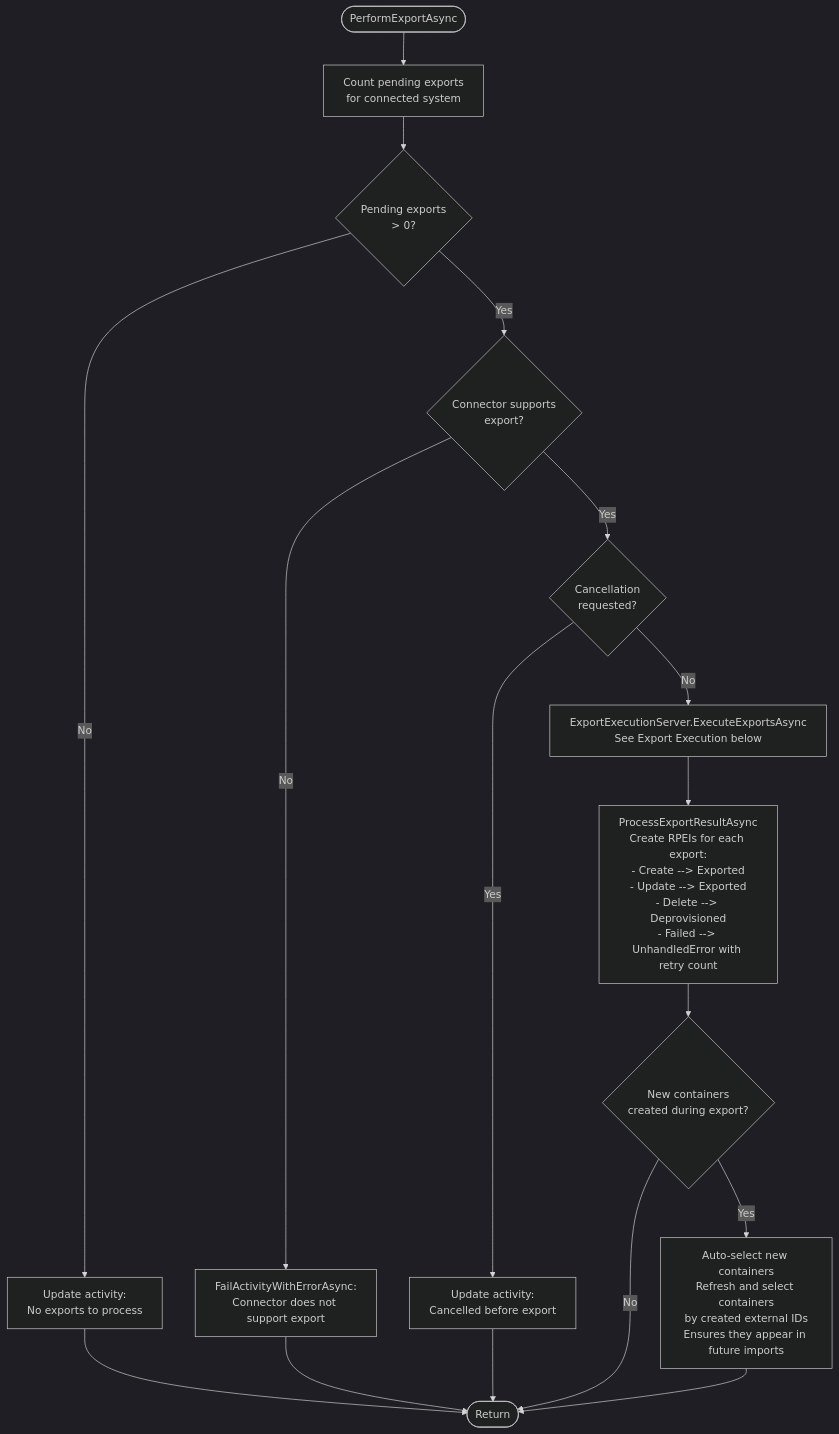
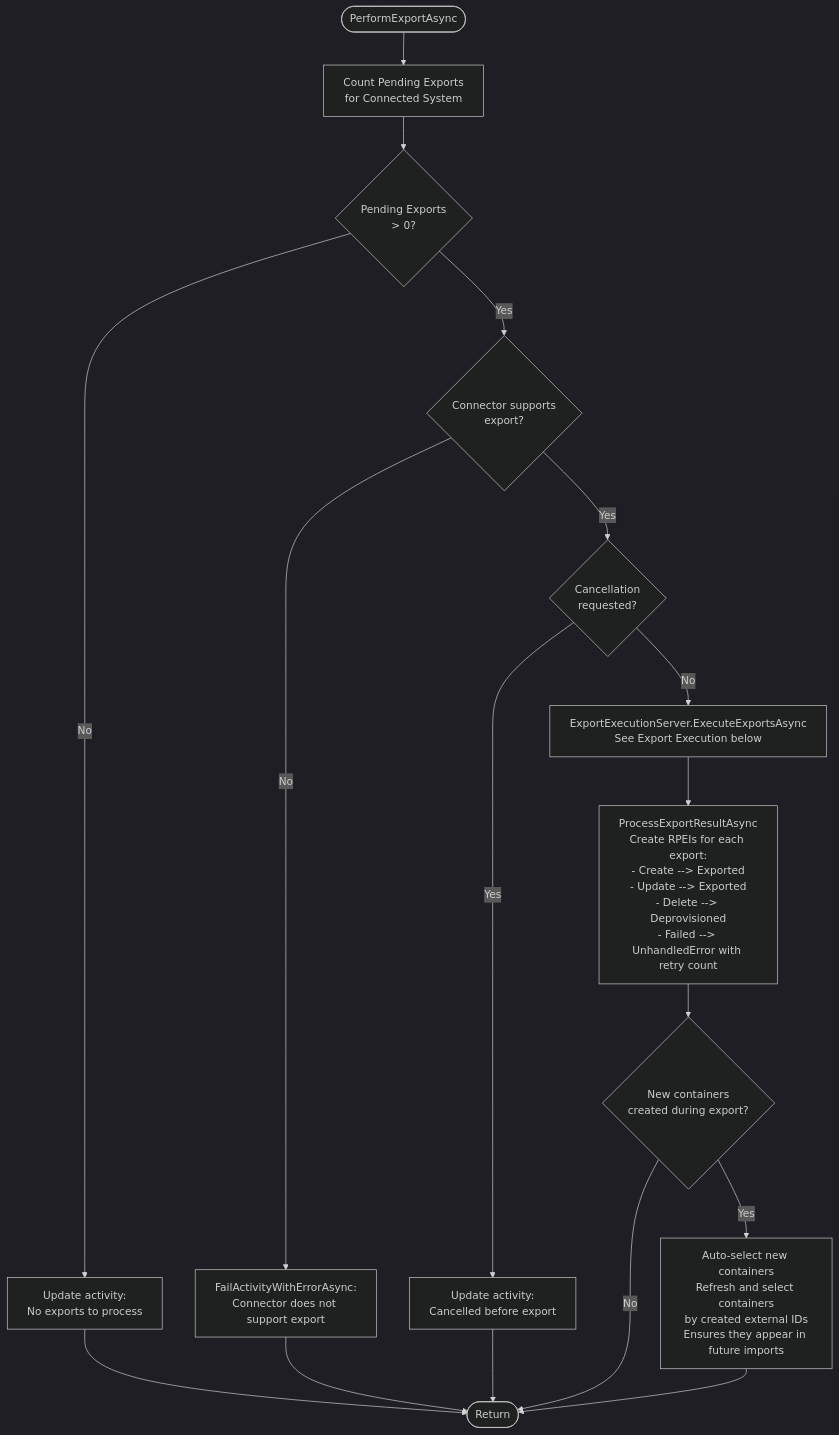
Before and after one commit to TetronIO/JIM: the first of 5 diagrams in docs/developer/diagrams/EXPORT_EXECUTION_FLOW.md, drawn with Mermaid (dark theme). The commit also changed other lines of this file and 389 other files, not shown here.

First line of the commit message:
Tabbed Synchronisation Rule editor, Schema sub-tabs, and UI text polish (#853)

````diff
--- a/docs/developer/diagrams/EXPORT_EXECUTION_FLOW.md
+++ b/docs/developer/diagrams/EXPORT_EXECUTION_FLOW.md
@@ -11,23 +11,23 @@
 ```mermaid
 flowchart TD
-    Start([PerformExportAsync]) --> CountPE[Count pending exports<br/>for connected system]
-    CountPE --> HasExports{Pending exports<br/>> 0?}
+    Start([PerformExportAsync]) --> CountPE[Count Pending Exports<br/>for Connected System]
+    CountPE --> HasExports{Pending Exports<br/>> 0?}
     HasExports -->|No| NoWork[Update activity:<br/>No exports to process]
     NoWork --> Done([Return])
 
     HasExports -->|Yes| CheckConnector{Connector supports<br/>export?}
     CheckConnector -->|No| FailActivity[FailActivityWithErrorAsync:<br/>Connector does not support export]
     FailActivity --> Done
 
     CheckConnector -->|Yes| CheckCancel{Cancellation<br/>requested?}
     CheckCancel -->|Yes| CancelMsg[Update activity:<br/>Cancelled before export]
     CancelMsg --> Done
 
     CheckCancel -->|No| Execute[ExportExecutionServer.ExecuteExportsAsync<br/>See Export Execution below]
     Execute --> ProcessResult[ProcessExportResultAsync<br/>Create RPEIs for each export:<br/>- Create --> Exported<br/>- Update --> Exported<br/>- Delete --> Deprovisioned<br/>- Failed --> UnhandledError with retry count]
 
     ProcessResult --> CheckContainers{New containers<br/>created during export?}
     CheckContainers -->|Yes| AutoSelect[Auto-select new containers<br/>Refresh and select containers<br/>by created external IDs<br/>Ensures they appear in future imports]
     CheckContainers -->|No| Done
     AutoSelect --> Done
 ```
````
